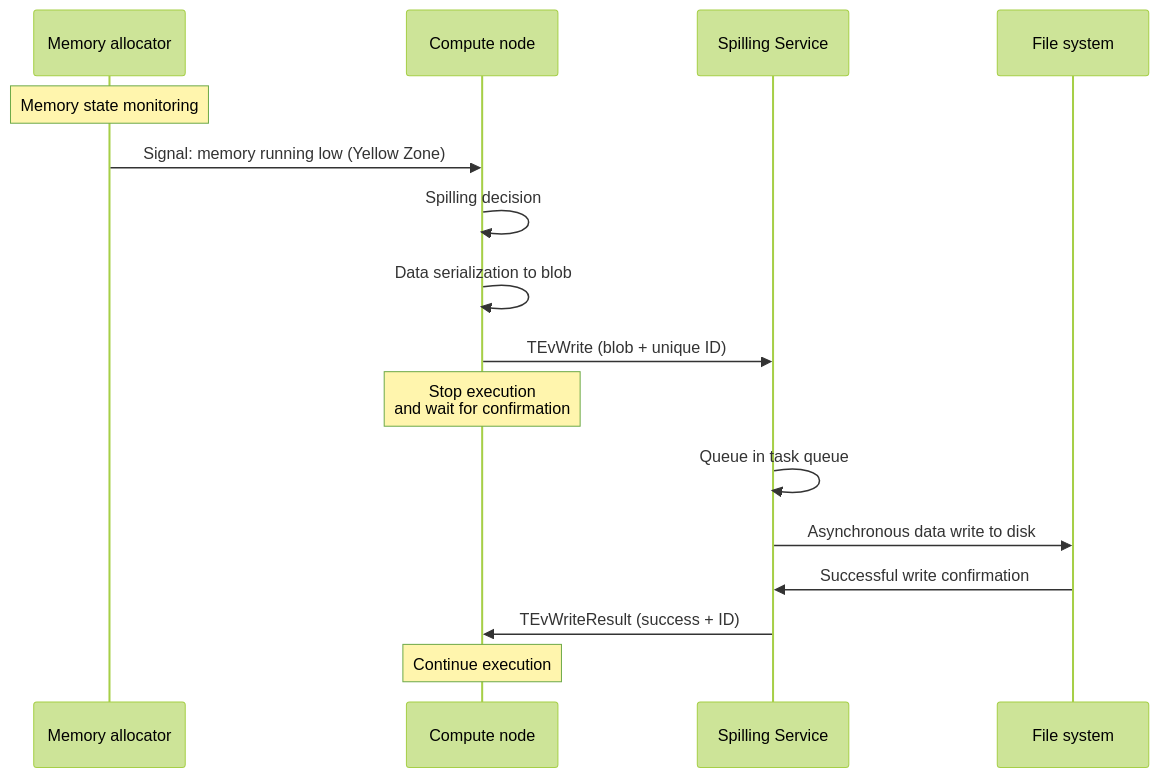
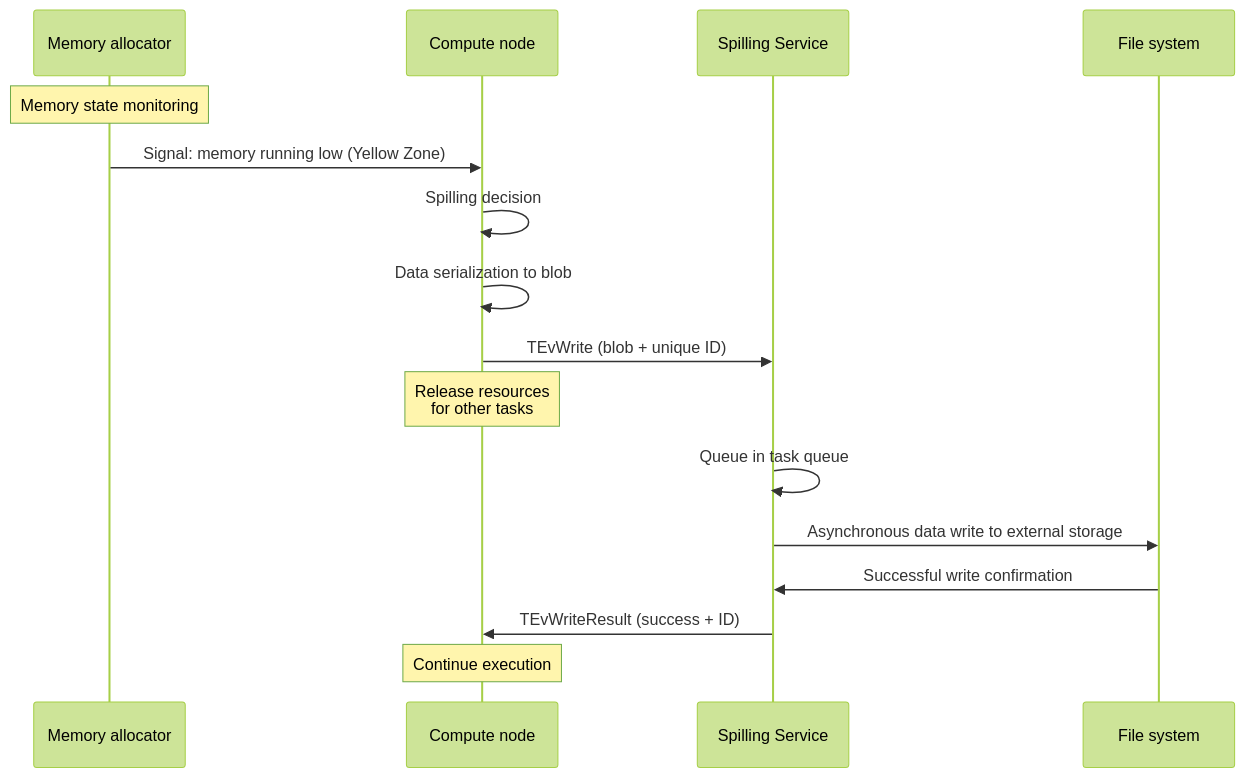
Before and after one commit to ydb-platform/ydb: the first of 2 diagrams in ydb/docs/en/core/concepts/spilling.md, drawn with Mermaid (forest theme). The commit also changed other lines of this file and 1 other file, not shown here.

````diff
--- a/ydb/docs/en/core/concepts/spilling.md
+++ b/ydb/docs/en/core/concepts/spilling.md
@@ -90,19 +90,19 @@
 ```mermaid
 sequenceDiagram
     participant AL as Memory allocator
     participant CN as Compute node
     participant SS as Spilling Service
     participant FS as File system
 
     Note over AL: Memory state monitoring
     AL->>CN: Signal: memory running low (Yellow Zone)
     CN->>CN: Spilling decision
     CN->>CN: Data serialization to blob
     CN->>SS: TEvWrite (blob + unique ID)
-    Note over CN: Stop execution<br/>and wait for confirmation
+    Note over CN: Release resources<br/>for other tasks
     SS->>SS: Queue in task queue
-    SS->>FS: Asynchronous data write to disk
+    SS->>FS: Asynchronous data write to external storage
     FS->>SS: Successful write confirmation
     SS->>CN: TEvWriteResult (success + ID)
     Note over CN: Continue execution
 ```
````
